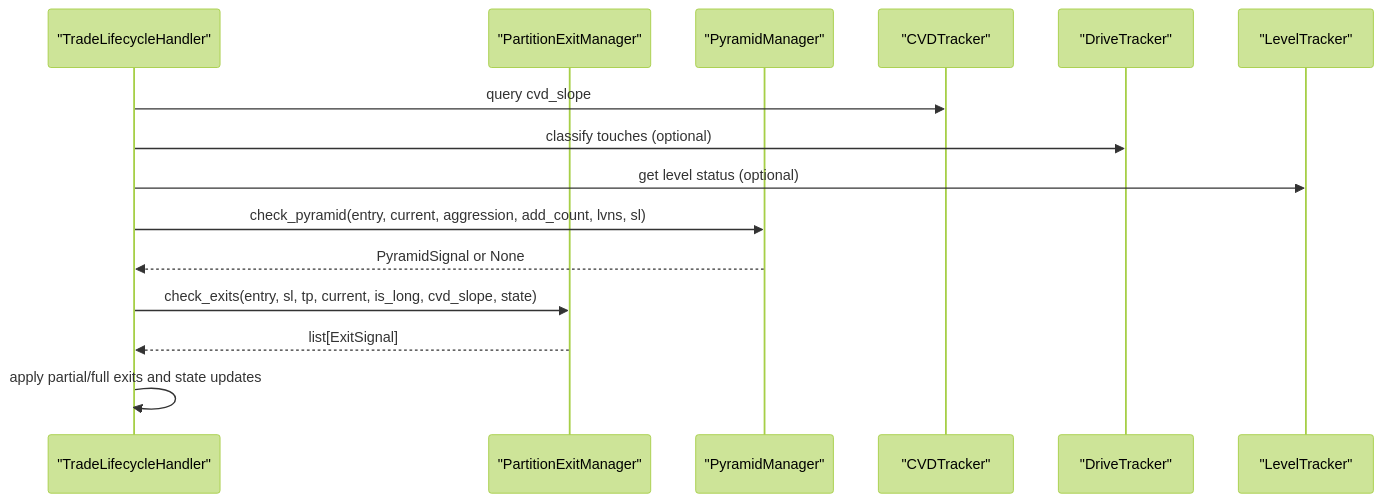
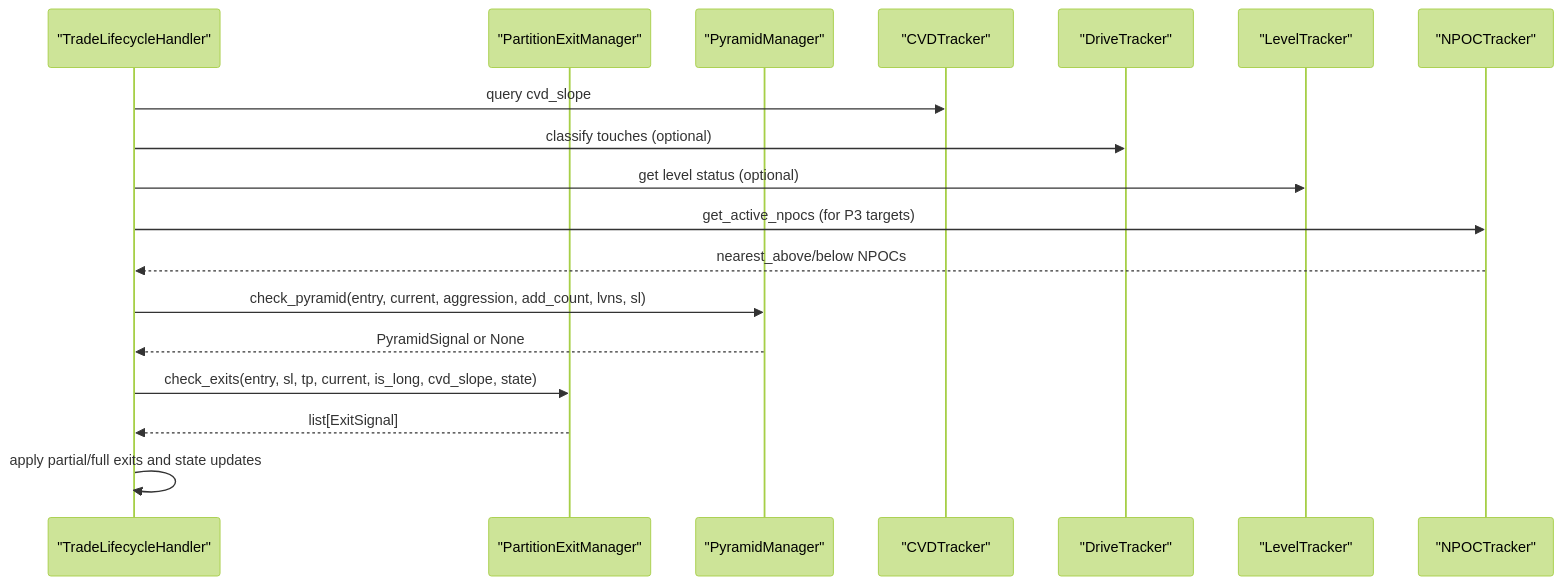
The second of 9 diagrams in .qoder/repowiki/en/content/Backend Application/Domain Services/Specialized Tracking Services.md (gemrajkhatry-maker/v5-of-glassytrade-ai), drawn with Mermaid (forest theme) before and after one commit. The commit also changed other lines of this file and 930 other files, not shown here.

````diff
--- a/.qoder/repowiki/en/content/Backend Application/Domain Services/Specialized Tracking Services.md
+++ b/.qoder/repowiki/en/content/Backend Application/Domain Services/Specialized Tracking Services.md
@@ -93,17 +119,20 @@
 ```mermaid
 sequenceDiagram
 participant TLH as "TradeLifecycleHandler"
 participant PE as "PartitionExitManager"
 participant PY as "PyramidManager"
 participant CVD as "CVDTracker"
 participant DT as "DriveTracker"
 participant LT as "LevelTracker"
+participant NPOC as "NPOCTracker"
 TLH->>CVD : query cvd_slope
 TLH->>DT : classify touches (optional)
 TLH->>LT : get level status (optional)
+TLH->>NPOC : get_active_npocs (for P3 targets)
+NPOC-->>TLH : nearest_above/below NPOCs
 TLH->>PY : check_pyramid(entry, current, aggression, add_count, lvns, sl)
 PY-->>TLH : PyramidSignal or None
 TLH->>PE : check_exits(entry, sl, tp, current, is_long, cvd_slope, state)
 PE-->>TLH : list[ExitSignal]
 TLH->>TLH : apply partial/full exits and state updates
 ```
````
